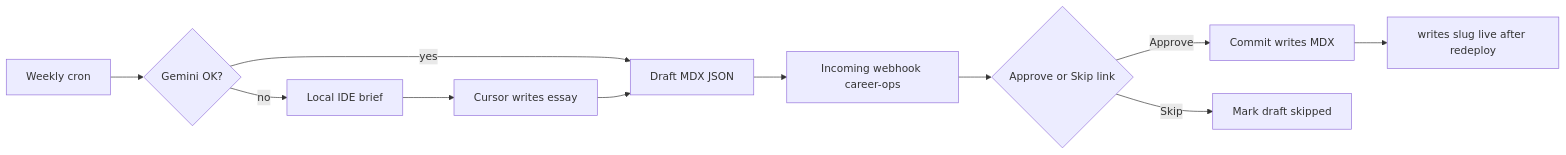
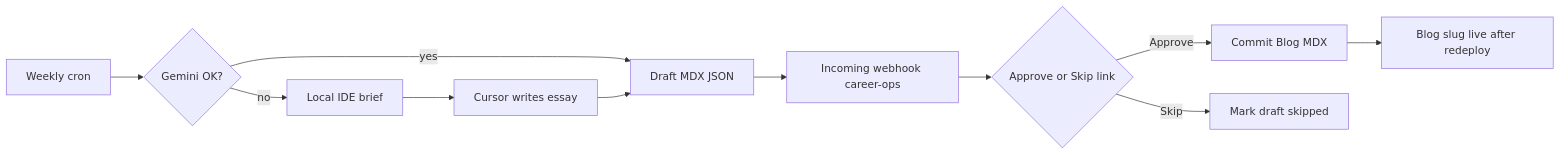
Before and after one commit to AlexTouvras/Orbit: the diagram in docs/architecture/weekly-write-pipeline.md, drawn with Mermaid. The commit also changed other lines of this file and 34 other files, not shown here.

````diff
--- a/docs/architecture/weekly-write-pipeline.md
+++ b/docs/architecture/weekly-write-pipeline.md
@@ -5,13 +5,13 @@
 ```mermaid
 flowchart LR
   cron[Weekly cron] --> gemini{Gemini OK?}
   gemini -->|yes| draft[Draft MDX JSON]
   gemini -->|no| ideBrief[Local IDE brief]
   ideBrief --> cursor[Cursor writes essay]
   cursor --> draft
   draft --> slack[Incoming webhook career-ops]
   slack --> you{Approve or Skip link}
-  you -->|Approve| publish[Commit writes MDX]
+  you -->|Approve| publish[Commit Blog MDX]
   you -->|Skip| discard[Mark draft skipped]
-  publish --> site[writes slug live after redeploy]
+  publish --> site[Blog slug live after redeploy]
 ```
````
